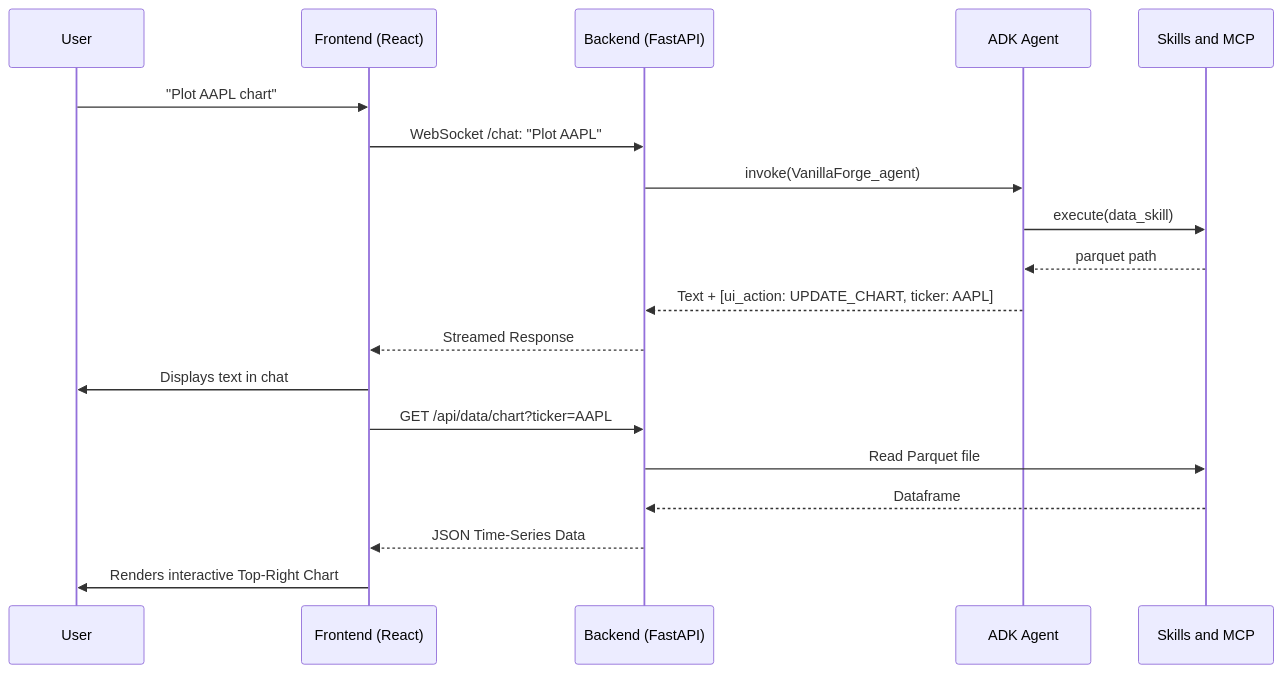
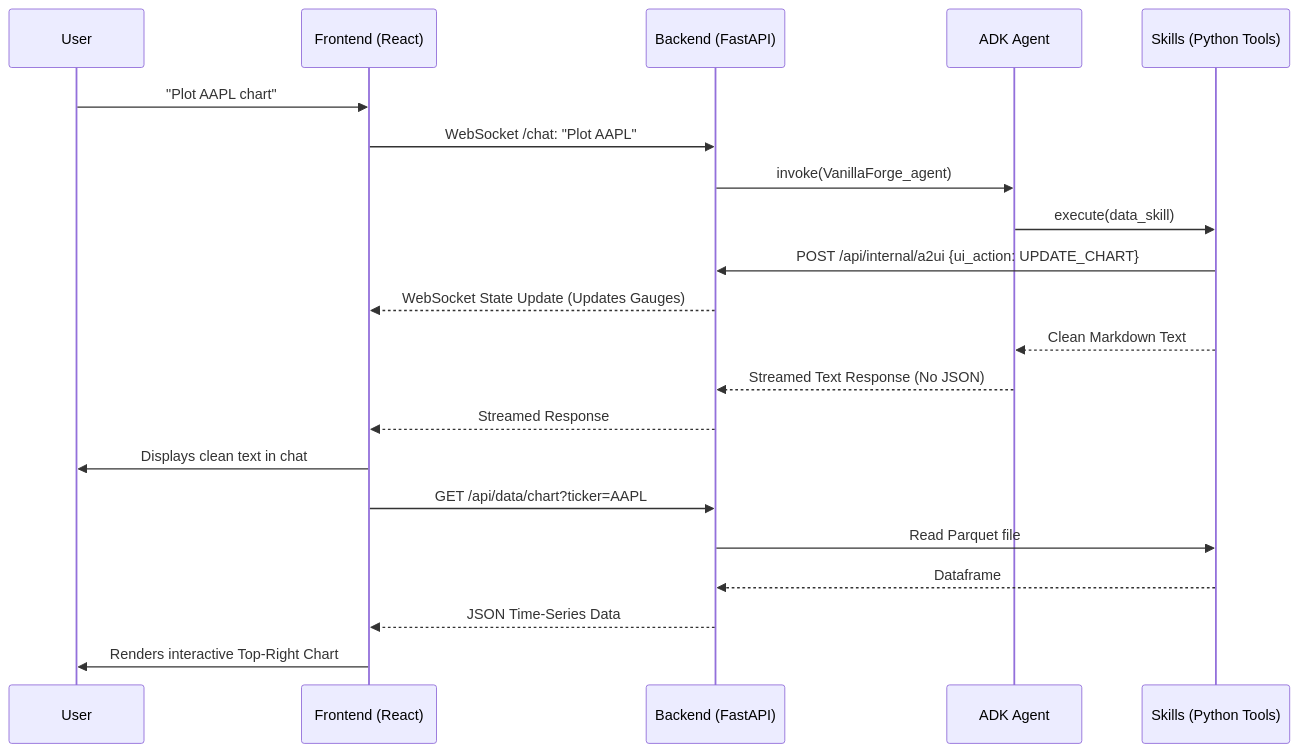
The diagram in README.md (SHard777/VanillaForge), drawn with Mermaid before and after one commit. The commit also changed other lines of this file and 10 other files, not shown here.

First line of the commit message:
Refactor A2UI architecture to internal webhooks and fix agent hallucinations

````diff
--- a/README.md
+++ b/README.md
@@ -108,22 +108,24 @@
 ```mermaid
 sequenceDiagram
     participant U as User
     participant F as Frontend (React)
     participant B as Backend (FastAPI)
     participant A as ADK Agent
-    participant S as Skills and MCP
+    participant S as Skills (Python Tools)
 
     U->>F: "Plot AAPL chart"
     F->>B: WebSocket /chat: "Plot AAPL"
     B->>A: invoke(VanillaForge_agent)
     A->>S: execute(data_skill)
-    S-->>A: parquet path
-    A-->>B: Text + [ui_action: UPDATE_CHART, ticker: AAPL]
+    S->>B: POST /api/internal/a2ui {ui_action: UPDATE_CHART}
+    B-->>F: WebSocket State Update (Updates Gauges)
+    S-->>A: Clean Markdown Text
+    A-->>B: Streamed Text Response (No JSON)
     B-->>F: Streamed Response
-    F->>U: Displays text in chat
+    F->>U: Displays clean text in chat
     F->>B: GET /api/data/chart?ticker=AAPL
     B->>S: Read Parquet file
     S-->>B: Dataframe
     B-->>F: JSON Time-Series Data
     F->>U: Renders interactive Top-Right Chart
 ```
````
